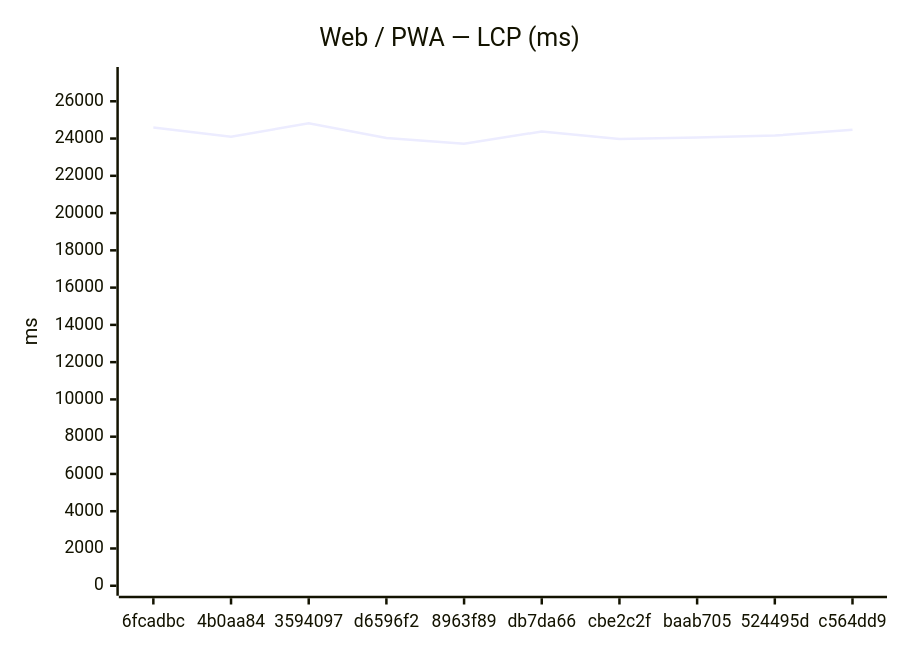
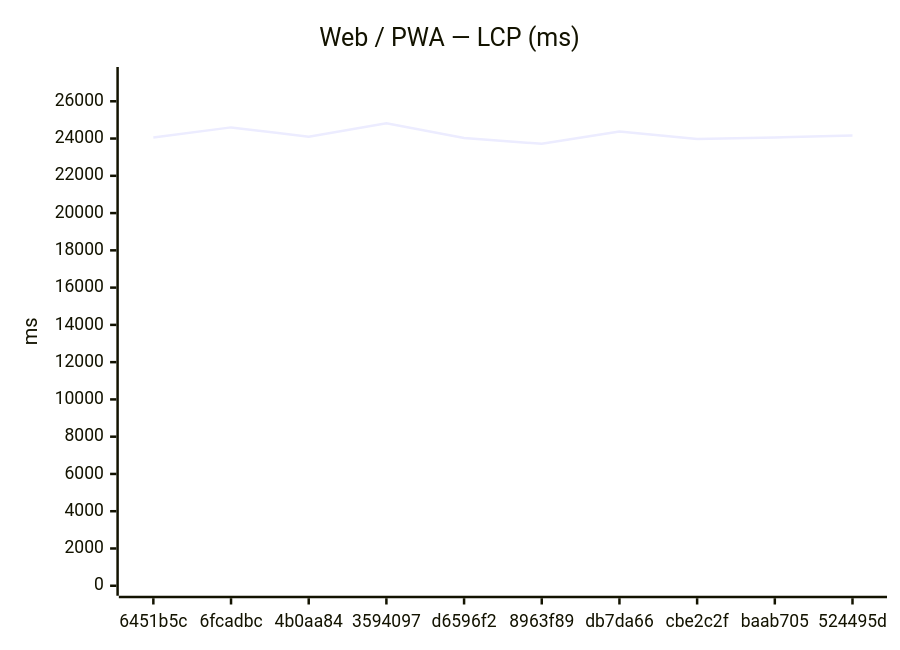
The first of 12 diagrams in benchmarks/compare.md (Metaheurist/Rianell), drawn with Mermaid before and after one commit. The commit also changed other lines of this file and 8 other files, not shown here.

````diff
--- a/benchmarks/compare.md
+++ b/benchmarks/compare.md
@@ -24,7 +24,7 @@
 ```mermaid
 xychart-beta
     title "Web / PWA — LCP (ms)"
-    x-axis ["6fcadbc", "4b0aa84", "3594097", "d6596f2", "8963f89", "db7da66", "cbe2c2f", "baab705", "524495d", "c564dd9"]
+    x-axis ["6451b5c", "6fcadbc", "4b0aa84", "3594097", "d6596f2", "8963f89", "db7da66", "cbe2c2f", "baab705", "524495d"]
     y-axis "ms" 0 --> 27303
-    line [24599, 24101, 24820, 24030, 23715, 24380, 23980, 24058, 24158, 24475]
+    line [24056, 24599, 24101, 24820, 24030, 23715, 24380, 23980, 24058, 24158]
 ```
````
